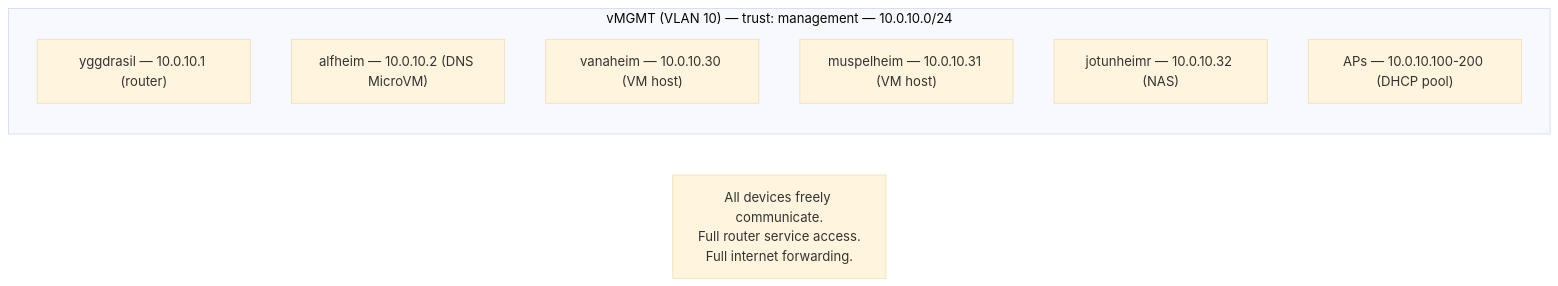
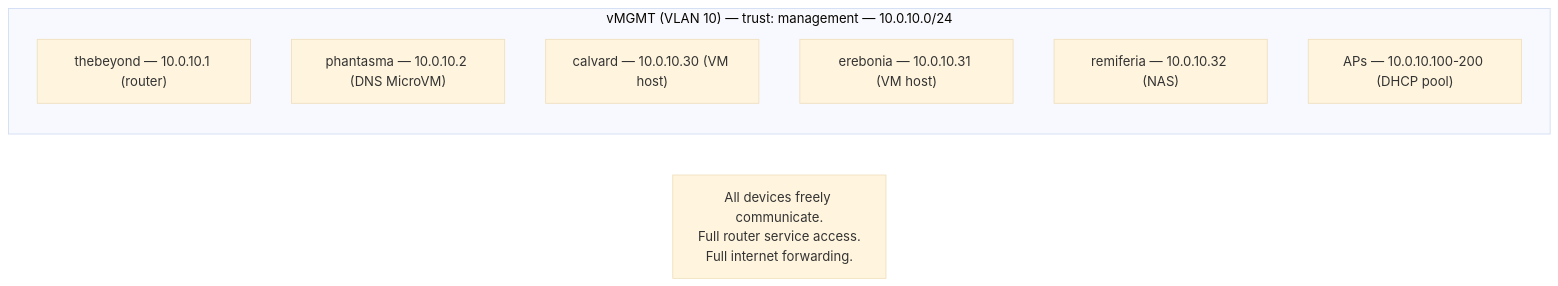
The first of 3 diagrams in llm-notes/secure-mgmt-vlan-plan.md (mutantmell/dotfiles), drawn with Mermaid (base theme) before and after one commit. The commit also changed other lines of this file and 7 other files, not shown here.

````diff
--- a/llm-notes/secure-mgmt-vlan-plan.md
+++ b/llm-notes/secure-mgmt-vlan-plan.md
@@ -28,14 +28,14 @@
 ```mermaid
 flowchart TB
     subgraph before["vMGMT (VLAN 10) — trust: management — 10.0.10.0/24"]
         direction TB
-        B_ygg["yggdrasil — 10.0.10.1 (router)"]
-        B_alf["alfheim — 10.0.10.2 (DNS MicroVM)"]
-        B_van["vanaheim — 10.0.10.30 (VM host)"]
-        B_mus["muspelheim — 10.0.10.31 (VM host)"]
-        B_jot["jotunheimr — 10.0.10.32 (NAS)"]
+        B_ygg["thebeyond — 10.0.10.1 (router)"]
+        B_alf["phantasma — 10.0.10.2 (DNS MicroVM)"]
+        B_van["calvard — 10.0.10.30 (VM host)"]
+        B_mus["erebonia — 10.0.10.31 (VM host)"]
+        B_jot["remiferia — 10.0.10.32 (NAS)"]
         B_aps["APs — 10.0.10.100-200 (DHCP pool)"]
     end
     B_note["All devices freely communicate.\nFull router service access.\nFull internet forwarding."]
     before ~~~ B_note
 ```
````
